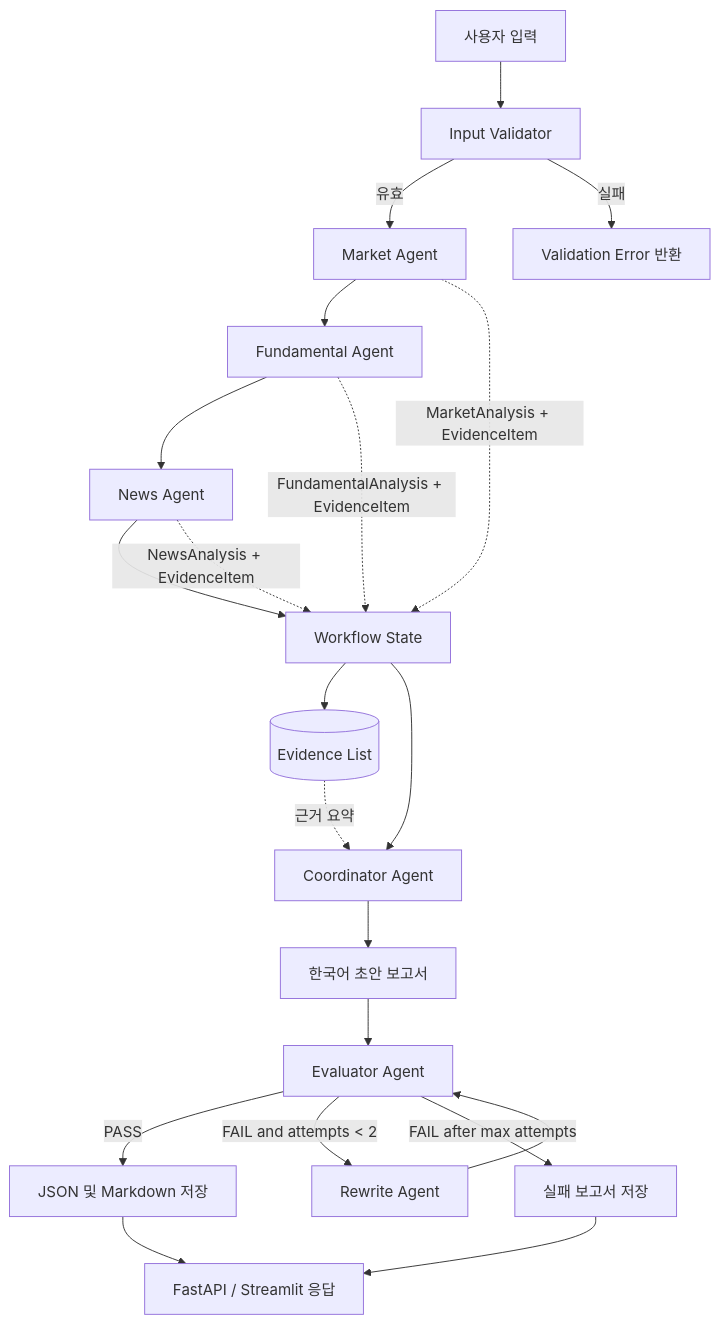
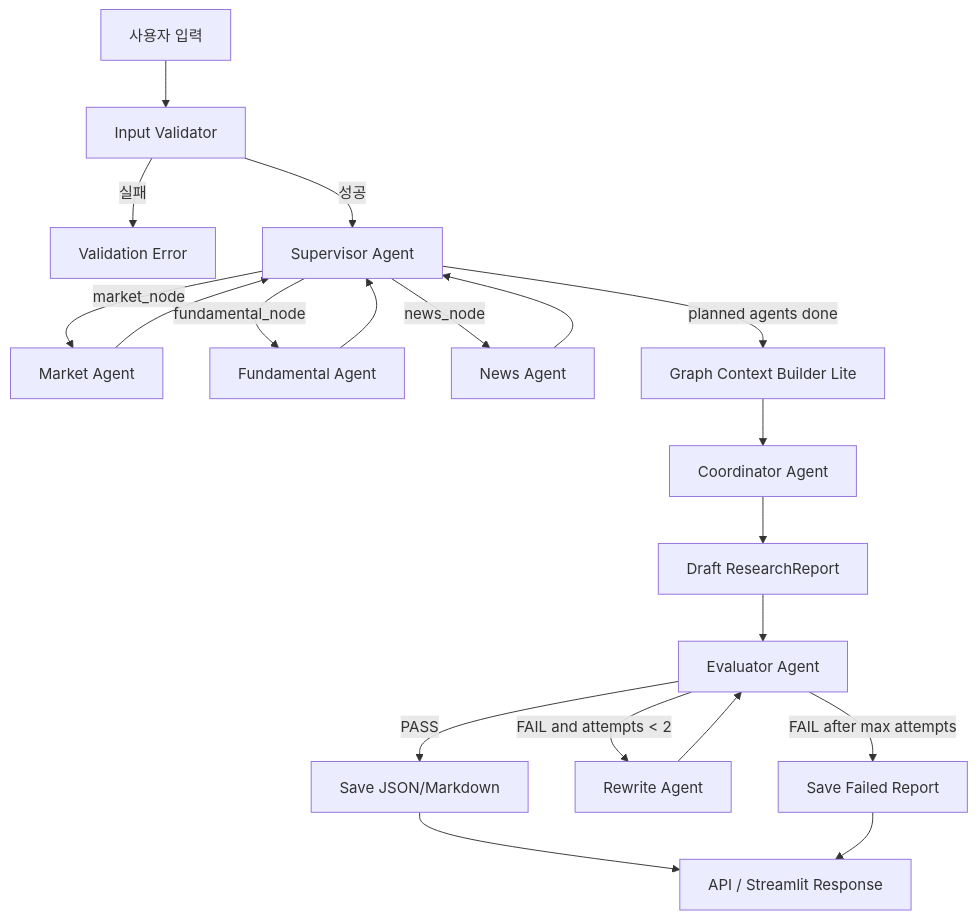
The first of 2 diagrams in README.md (hyunn9799/FinSight_Guard), drawn with Mermaid before and after one commit. The commit also changed other lines of this file and 20 other files, not shown here.

````diff
--- a/README.md
+++ b/README.md
@@ -52,29 +63,27 @@
 ```mermaid
 flowchart TD
     U[사용자 입력] --> V[Input Validator]
-    V -->|유효| M[Market Agent]
-    V -->|실패| E1[Validation Error 반환]
+    V -->|실패| END1[Validation Error]
+    V -->|성공| S[Supervisor Agent]
 
-    M --> F[Fundamental Agent]
-    F --> N[News Agent]
-    N --> ST[Workflow State]
+    S -->|market_node| M[Market Agent]
+    S -->|fundamental_node| F[Fundamental Agent]
+    S -->|news_node| N[News Agent]
 
-    M -. MarketAnalysis + EvidenceItem .-> ST
-    F -. FundamentalAnalysis + EvidenceItem .-> ST
-    N -. NewsAnalysis + EvidenceItem .-> ST
+    M --> S
+    F --> S
+    N --> S
 
-    ST --> EV[(Evidence List)]
-    ST --> C[Coordinator Agent]
-    EV -. 근거 요약 .-> C
+    S -->|planned agents done| G[Graph Context Builder Lite]
+    G --> C[Coordinator Agent]
+    C --> R[Draft ResearchReport]
+    R --> E[Evaluator Agent]
 
-    C --> R[한국어 초안 보고서]
-    R --> Q[Evaluator Agent]
+    E -->|PASS| SAVE[Save JSON/Markdown]
+    E -->|FAIL and attempts < 2| W[Rewrite Agent]
+    W --> E
+    E -->|FAIL after max attempts| SAVE_FAIL[Save Failed Report]
 
-    Q -->|PASS| S[JSON 및 Markdown 저장]
-    Q -->|FAIL and attempts < 2| W[Rewrite Agent]
-    W --> Q
-    Q -->|FAIL after max attempts| SF[실패 보고서 저장]
-
-    S --> API[FastAPI / Streamlit 응답]
-    SF --> API
+    SAVE --> OUT[API / Streamlit Response]
+    SAVE_FAIL --> OUT
 ```
````
